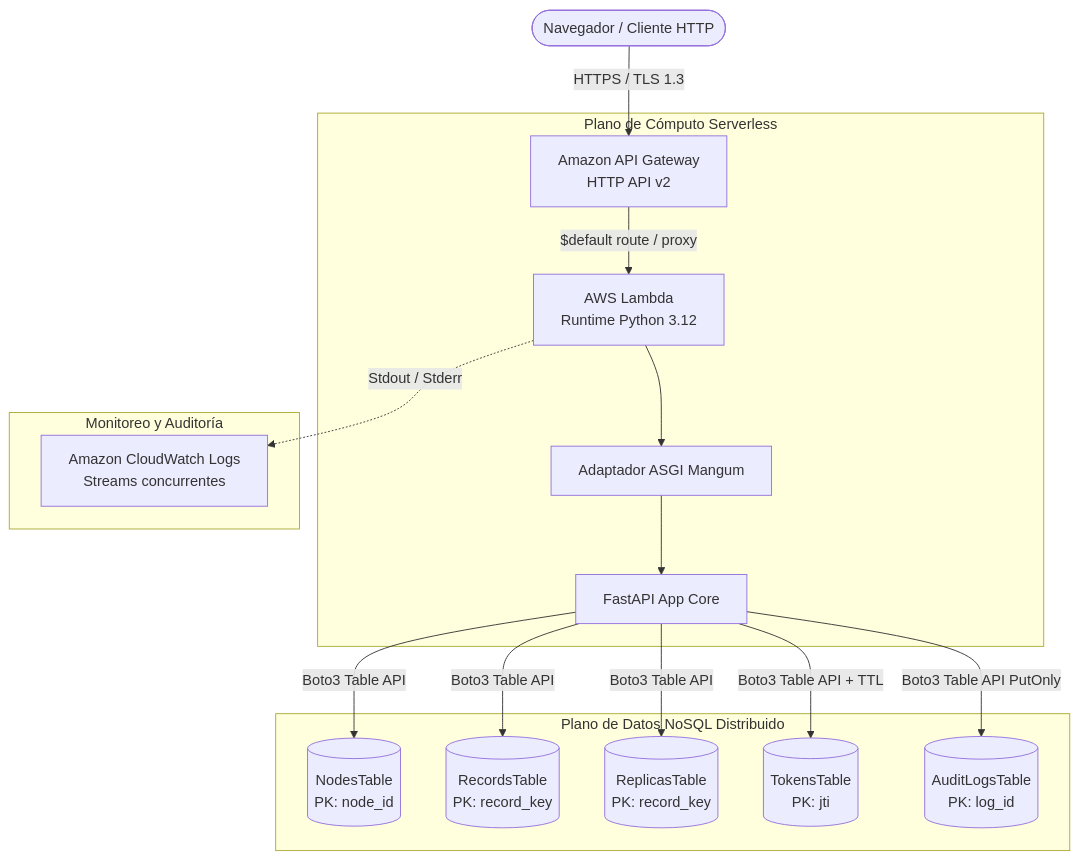
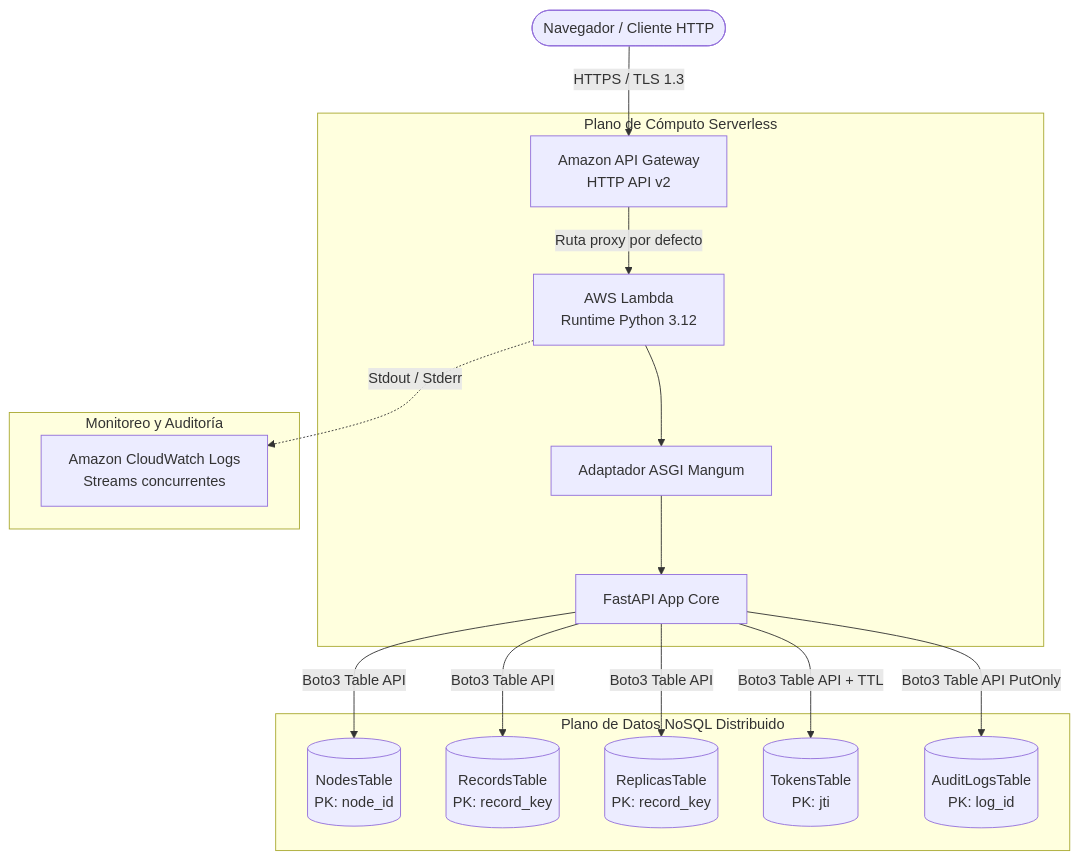
One commit to BrayanBMC/RFHA-IES_SD_TGS changed the sixth of 19 diagrams in README.md. Above: the diagram before and after it, drawn with Mermaid. The commit also changed other lines of this file, not shown here.

Commit message:
docs(readme): fix mermaid syntax in architecture and sequence diagrams for github rendering

````diff
--- a/README.md
+++ b/README.md
@@ -542,22 +555,22 @@
 ```mermaid
 flowchart TD
-    Client([Navegador / Cliente HTTP]) -->|HTTPS / TLS 1.3| APIGW[Amazon API Gateway\nHTTP API v2]
+    Client(["Navegador / Cliente HTTP"]) -->|"HTTPS / TLS 1.3"| APIGW["Amazon API Gateway<br>HTTP API v2"]
     
     subgraph Compute["Plano de Cómputo Serverless"]
-        APIGW -->|$default route / proxy| Lambda[AWS Lambda\nRuntime Python 3.12]
-        Lambda --> Mangum[Adaptador ASGI Mangum]
-        Mangum --> FastAPI[FastAPI App Core]
+        APIGW -->|"Ruta proxy por defecto"| Lambda["AWS Lambda<br>Runtime Python 3.12"]
+        Lambda --> Mangum["Adaptador ASGI Mangum"]
+        Mangum --> FastAPI["FastAPI App Core"]
     end
 
     subgraph Storage["Plano de Datos NoSQL Distribuido"]
-        FastAPI -->|Boto3 Table API| T1[(NodesTable\nPK: node_id)]
-        FastAPI -->|Boto3 Table API| T2[(RecordsTable\nPK: record_key)]
-        FastAPI -->|Boto3 Table API| T3[(ReplicasTable\nPK: record_key)]
-        FastAPI -->|Boto3 Table API + TTL| T4[(TokensTable\nPK: jti)]
-        FastAPI -->|Boto3 Table API PutOnly| T5[(AuditLogsTable\nPK: log_id)]
+        FastAPI -->|"Boto3 Table API"| T1[("NodesTable<br>PK: node_id")]
+        FastAPI -->|"Boto3 Table API"| T2[("RecordsTable<br>PK: record_key")]
+        FastAPI -->|"Boto3 Table API"| T3[("ReplicasTable<br>PK: record_key")]
+        FastAPI -->|"Boto3 Table API + TTL"| T4[("TokensTable<br>PK: jti")]
+        FastAPI -->|"Boto3 Table API PutOnly"| T5[("AuditLogsTable<br>PK: log_id")]
     end
 
     subgraph Observability["Monitoreo y Auditoría"]
-        Lambda -.->|Stdout / Stderr| CWL[Amazon CloudWatch Logs\nStreams concurrentes]
+        Lambda -.->|"Stdout / Stderr"| CWL["Amazon CloudWatch Logs<br>Streams concurrentes"]
     end
 ```
````
